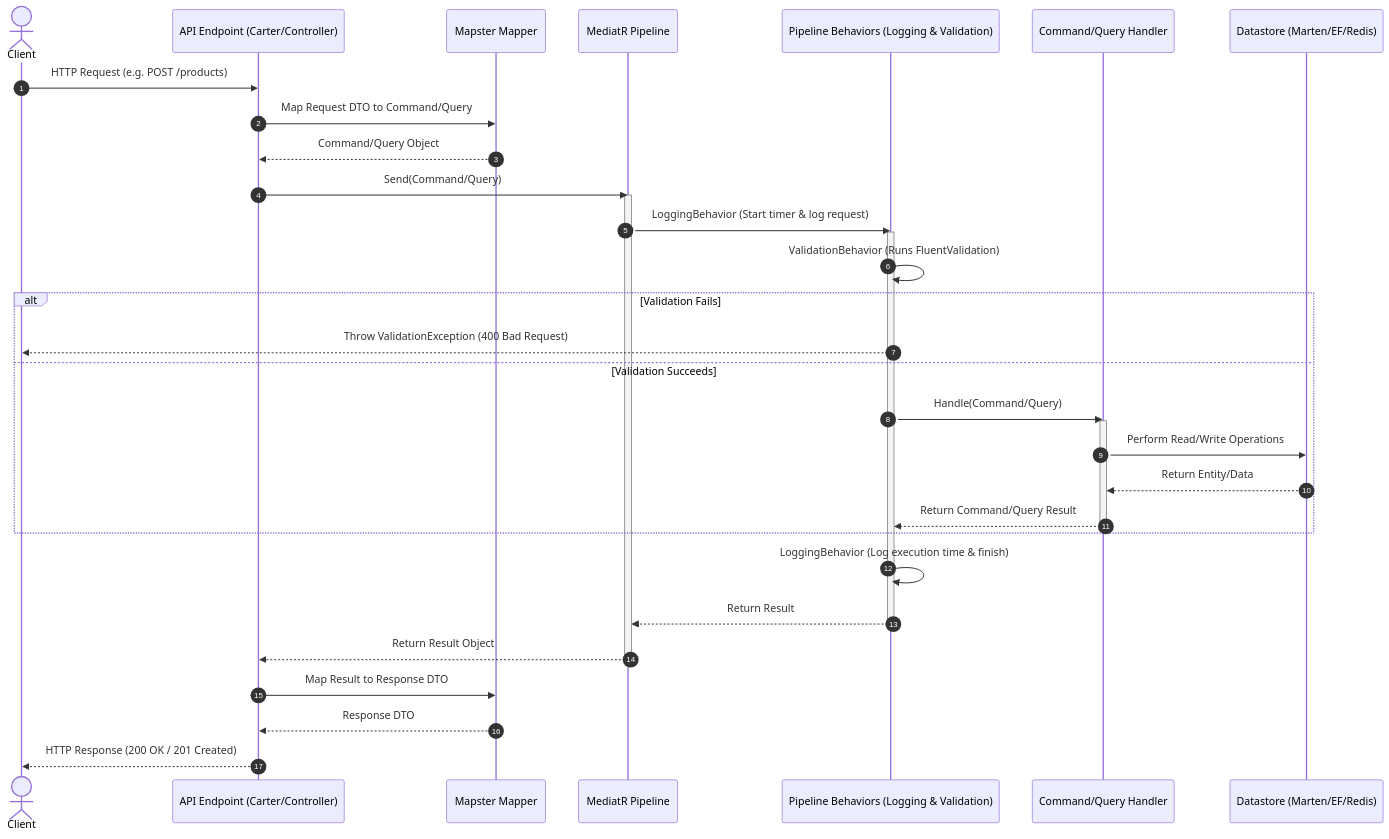
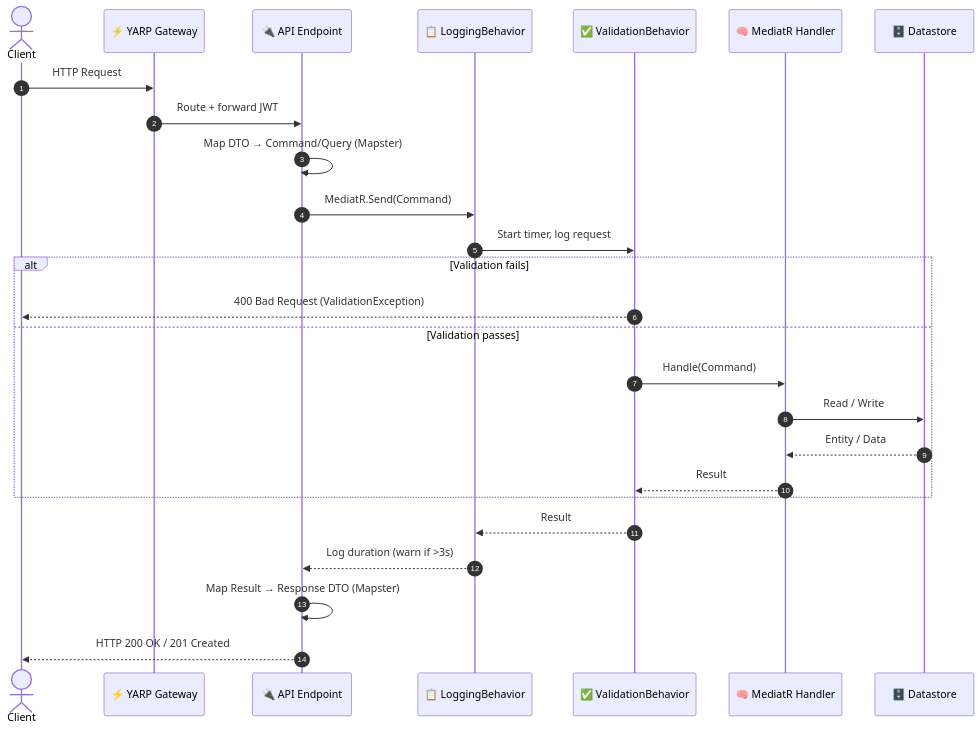
One commit to AhmedAbdo1612/ECommerce-DDD-Microservices changed the fourth of 4 diagrams in README.md. Above: the diagram before and after it, drawn with Mermaid. The commit also changed other lines of this file and 7 other files, not shown here.

````diff
--- a/README.md
+++ b/README.md
@@ -88,43 +265,29 @@
 ```mermaid
 sequenceDiagram
     autonumber
     actor Client
-    participant Endpoint as API Endpoint (Carter/Controller)
-    participant Mapster as Mapster Mapper
-    participant MediatR as MediatR Pipeline
-    participant Behaviors as Pipeline Behaviors (Logging & Validation)
-    participant Handler as Command/Query Handler
-    participant DB as Datastore (Marten/EF/Redis)
+    participant GW as ⚡ YARP Gateway
+    participant EP as 🔌 API Endpoint
+    participant Log as 📋 LoggingBehavior
+    participant Val as ✅ ValidationBehavior
+    participant H as 🧠 MediatR Handler
+    participant DB as 🗄️ Datastore
 
-    Client->>Endpoint: HTTP Request (e.g. POST /products)
-    Endpoint->>Mapster: Map Request DTO to Command/Query
-    Mapster-->>Endpoint: Command/Query Object
-    Endpoint->>MediatR: Send(Command/Query)
-    
-    activate MediatR
-    MediatR->>Behaviors: LoggingBehavior (Start timer & log request)
-    activate Behaviors
-    Behaviors->>Behaviors: ValidationBehavior (Runs FluentValidation)
-    
-    alt Validation Fails
-        Behaviors-->>Client: Throw ValidationException (400 Bad Request)
-    else Validation Succeeds
-        Behaviors->>Handler: Handle(Command/Query)
-        activate Handler
-        Handler->>DB: Perform Read/Write Operations
-        DB-->>Handler: Return Entity/Data
-        Handler-->>Behaviors: Return Command/Query Result
-        deactivate Handler
+    Client->>GW: HTTP Request
+    GW->>EP: Route + forward JWT
+    EP->>EP: Map DTO → Command/Query (Mapster)
+    EP->>Log: MediatR.Send(Command)
+    Log->>Val: Start timer, log request
+    alt Validation fails
+        Val-->>Client: 400 Bad Request (ValidationException)
+    else Validation passes
+        Val->>H: Handle(Command)
+        H->>DB: Read / Write
+        DB-->>H: Entity / Data
+        H-->>Val: Result
     end
-    
-    Behaviors->>Behaviors: LoggingBehavior (Log execution time & finish)
-    Behaviors-->>MediatR: Return Result
-    deactivate Behaviors
-    
-    MediatR-->>Endpoint: Return Result Object
-    deactivate MediatR
-    
-    Endpoint->>Mapster: Map Result to Response DTO
-    Mapster-->>Endpoint: Response DTO
-    Endpoint-->>Client: HTTP Response (200 OK / 201 Created)
+    Val-->>Log: Result
+    Log-->>EP: Log duration (warn if >3s)
+    EP->>EP: Map Result → Response DTO (Mapster)
+    EP-->>Client: HTTP 200 OK / 201 Created
 ```
````
